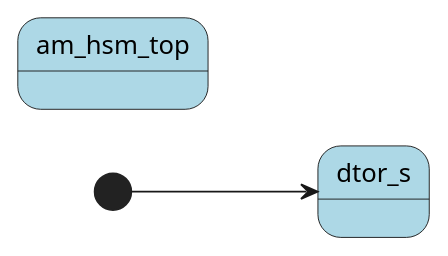
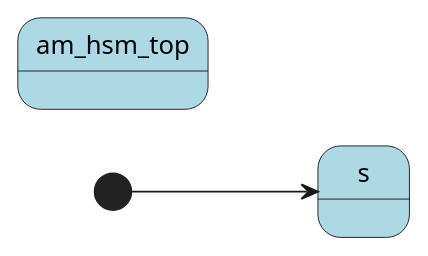
The fifth of 9 diagrams in libs/hsm/README.rst (adel-mamin/amast), drawn with PlantUML before and after one commit. The commit also changed other lines of this file and 1 other file, not shown here.

```diff
--- a/libs/hsm/README.rst
+++ b/libs/hsm/README.rst
@@ -646,13 +647,13 @@
 .. uml::
 
    @startuml
 
    left to right direction
 
-   [*] --> dtor_s
+   [*] --> s
 
    state am_hsm_top #LightBlue {
-       state dtor_s #LightBlue
+       state s #LightBlue
    }
 
    @enduml
```
